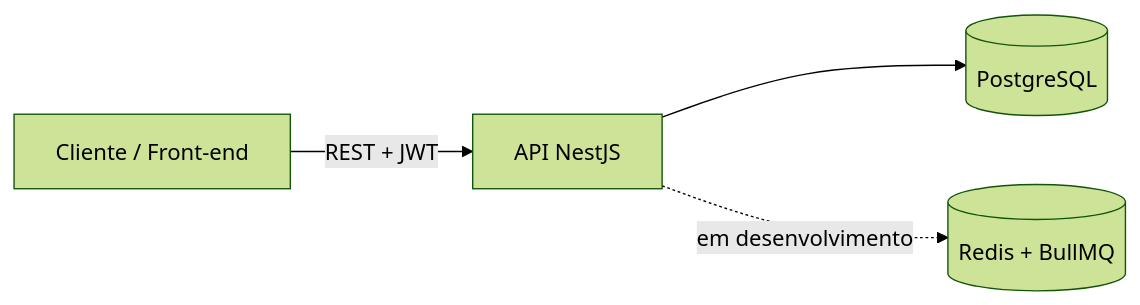
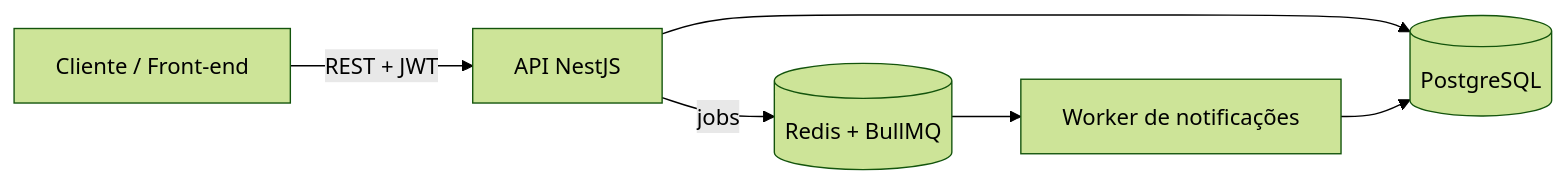
The first of 2 diagrams in README.md (JoaoVitorXdz/barberflow), drawn with Mermaid (forest theme) before and after one commit. The commit also changed other lines of this file, not shown here.

Commit message:
docs: atualiza README com notificações, variáveis de ambiente e limitações

````diff
--- a/README.md
+++ b/README.md
@@ -61,6 +68,8 @@
 ```mermaid
 flowchart LR
     Client[Cliente / Front-end] -->|REST + JWT| API[API NestJS]
     API --> PG[(PostgreSQL)]
-    API -.->|em desenvolvimento| Redis[(Redis + BullMQ)]
+    API -->|jobs| Redis[(Redis + BullMQ)]
+    Redis --> Worker[Worker de notificações]
+    Worker --> PG
 ```
````
